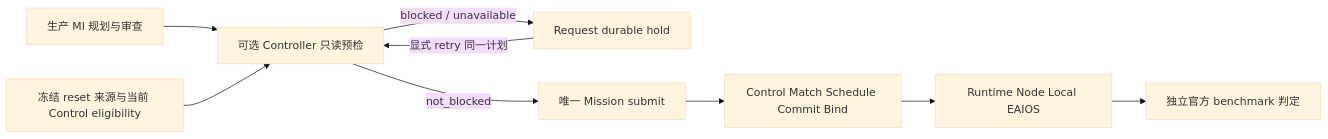
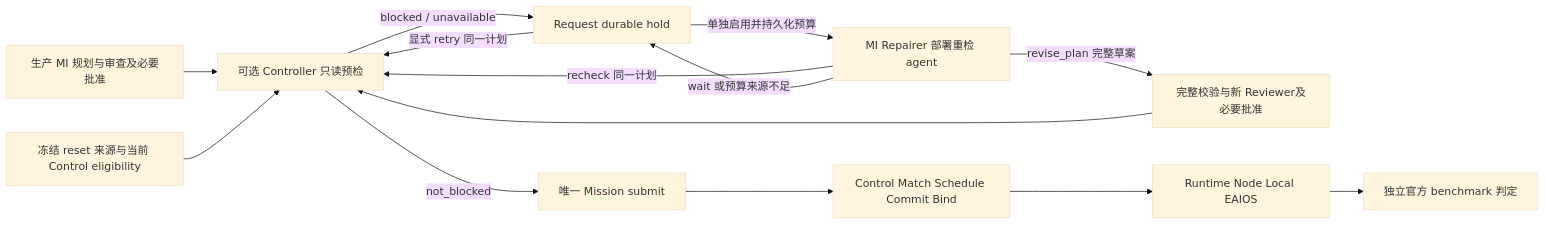
The first of 3 diagrams in docs/architecture/v2/README.md (Farewell-CK/RoboGuide), drawn with Mermaid (base theme) before and after one commit. The commit also changed other lines of this file and 22 other files, not shown here.

````diff
--- a/docs/architecture/v2/README.md
+++ b/docs/architecture/v2/README.md
@@ -574,11 +584,16 @@
 ```mermaid
 flowchart LR
-    MI[生产 MI 规划与审查] --> Q[可选 Controller 只读预检]
+    MI[生产 MI 规划与审查及必要批准] --> Q[可选 Controller 只读预检]
     E[冻结 reset 来源与当前 Control eligibility] --> Q
     Q -->|blocked / unavailable| H[Request durable hold]
     H -->|显式 retry 同一计划| Q
+    H -->|单独启用并持久化预算| R[MI Repairer 部署重检 agent]
+    R -->|recheck 同一计划| Q
+    R -->|revise_plan 完整草案| V[完整校验与新 Reviewer及必要批准]
+    V --> Q
+    R -->|wait 或预算来源不足| H
     Q -->|not_blocked| S[唯一 Mission submit]
     S --> C[Control Match Schedule Commit Bind]
     C --> X[Runtime Node Local EAIOS]
     X --> B[独立官方 benchmark 判定]
 ```
````
